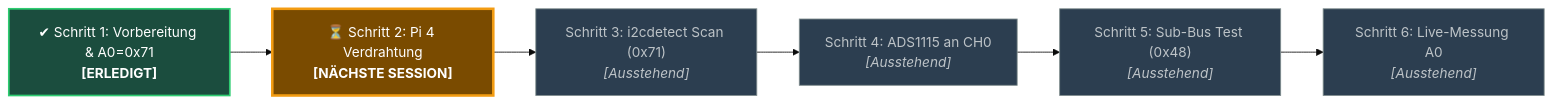
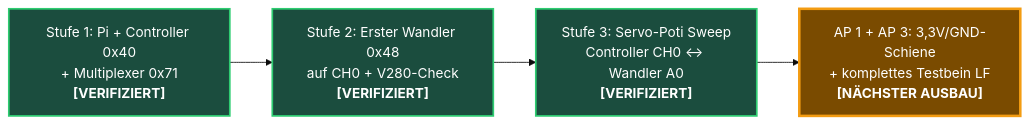
Before and after one commit to vern-da-coda/lasius: the diagram in docs/hardware/testbench_bringup_status.md, drawn with Mermaid (base theme). The commit also changed other lines of this file and 27 other files, not shown here.

````diff
--- a/docs/hardware/testbench_bringup_status.md
+++ b/docs/hardware/testbench_bringup_status.md
@@ -9,15 +9,11 @@
 ```mermaid
 flowchart LR
-    S1["✔ Schritt 1: Vorbereitung & A0=0x71<br><b>[ERLEDIGT]</b>"] --> S2["⏳ Schritt 2: Pi 4 Verdrahtung<br><b>[NÄCHSTE SESSION]</b>"]
-    S2 --> S3["Schritt 3: i2cdetect Scan (0x71)<br><i>[Ausstehend]</i>"]
-    S3 --> S4["Schritt 4: ADS1115 an CH0<br><i>[Ausstehend]</i>"]
-    S4 --> S5["Schritt 5: Sub-Bus Test (0x48)<br><i>[Ausstehend]</i>"]
-    S5 --> S6["Schritt 6: Live-Messung A0<br><i>[Ausstehend]</i>"]
+    S1["Stufe 1: Pi + Controller 0x40<br>+ Multiplexer 0x71<br><b>[VERIFIZIERT]</b>"] --> S2["Stufe 2: Erster Wandler 0x48<br>auf CH0 + V280-Check<br><b>[VERIFIZIERT]</b>"]
+    S2 --> S3["Stufe 3: Servo-Poti Sweep<br>Controller CH0 <-> Wandler A0<br><b>[VERIFIZIERT]</b>"]
+    S3 --> S4["AP 1 + AP 3: 3,3V/GND-Schiene<br>+ komplettes Testbein LF<br><b>[NÄCHSTER AUSBAU]</b>"]
 
     style S1 fill:#1b4d3e,stroke:#2ecc71,stroke-width:2px,color:#fff
-    style S2 fill:#7a4b00,stroke:#f39c12,stroke-width:3px,color:#fff
-    style S3 fill:#2c3e50,stroke:#7f8c8d,stroke-width:1px,color:#bdc3c7
-    style S4 fill:#2c3e50,stroke:#7f8c8d,stroke-width:1px,color:#bdc3c7
-    style S5 fill:#2c3e50,stroke:#7f8c8d,stroke-width:1px,color:#bdc3c7
-    style S6 fill:#2c3e50,stroke:#7f8c8d,stroke-width:1px,color:#bdc3c7
+    style S2 fill:#1b4d3e,stroke:#2ecc71,stroke-width:2px,color:#fff
+    style S3 fill:#1b4d3e,stroke:#2ecc71,stroke-width:2px,color:#fff
+    style S4 fill:#7a4b00,stroke:#f39c12,stroke-width:3px,color:#fff
 ```
````
